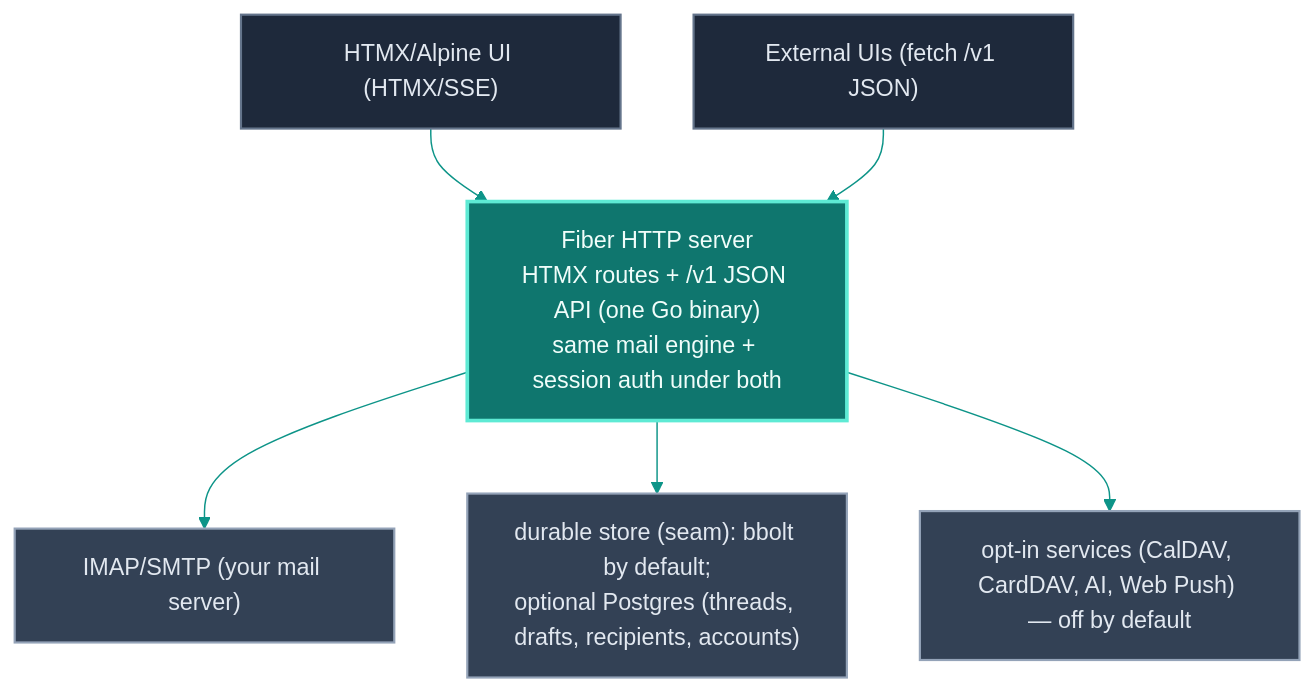
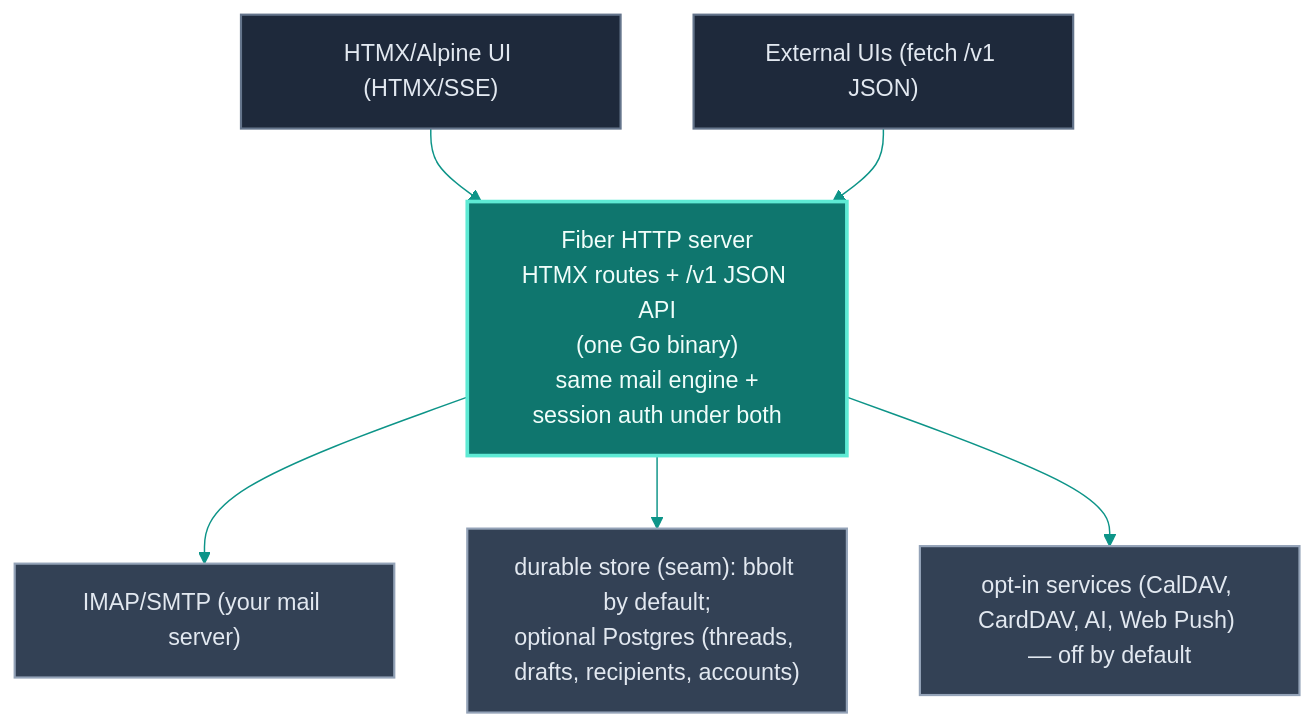
The diagram in README.md (voidvon/inbrix), drawn with Mermaid before and after one commit.

````diff
--- a/README.md
+++ b/README.md
@@ -90,18 +90,18 @@
 ```mermaid
 %%{init: {'theme':'base','themeVariables':{'fontFamily':'ui-monospace, SFMono-Regular, Menlo, monospace','primaryColor':'#334155','primaryBorderColor':'#94a3b8','primaryTextColor':'#e2e8f0','lineColor':'#0d9488','edgeLabelBackground':'transparent','clusterBorder':'#3f8f86','clusterBkg':'transparent'}}}%%
 flowchart TD
     classDef entry fill:#1e293b,stroke:#64748b,color:#e2e8f0,stroke-width:1.5px;
     classDef server fill:#0f766e,stroke:#5eead4,color:#f0fdfa,stroke-width:2.5px;
     classDef backend fill:#334155,stroke:#94a3b8,color:#e2e8f0,stroke-width:1.5px;
 
     UI["HTMX/Alpine UI (HTMX/SSE)"] --> Server
     React["External UIs (fetch /v1 JSON)"] --> Server
-    Server["Fiber HTTP server<br/>HTMX routes + /v1 JSON API (one Go binary)<br/>same mail engine + session auth under both"]
+    Server["Fiber HTTP server<br/>HTMX routes + /v1 JSON API<br/>(one Go binary)<br/>same mail engine +<br/>session auth under both"]
     Server --> IMAP["IMAP/SMTP (your mail server)"]
     Server --> Store["durable store (seam): bbolt by default;<br/>optional Postgres (threads, drafts, recipients, accounts)"]
     Server --> Services["opt-in services (CalDAV, CardDAV, AI, Web Push) — off by default"]
 
     class UI,React entry
     class Server server
     class IMAP,Store,Services backend
 ```
````
